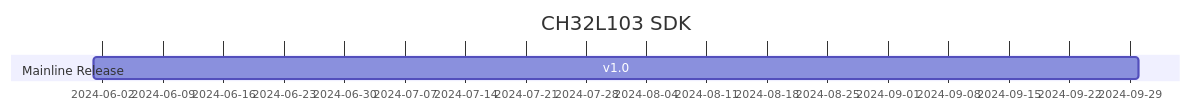
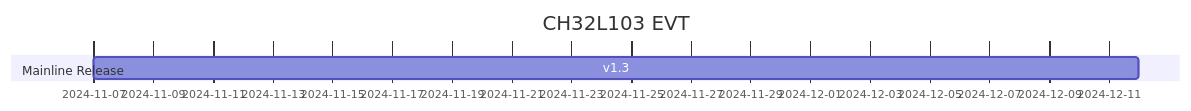
The diagram in README.md (SoCXin/CH32L103), drawn with Mermaid before and after one commit. The commit also changed other lines of this file, not shown here.

````diff
--- a/README.md
+++ b/README.md
@@ -12,7 +12,7 @@
 ``` mermaid
 gantt
-    title CH32L103 SDK
+    title CH32L103 EVT
     dateFormat  YYYY-MM-DD
     section Mainline Release
-    v1.0           :a1, 2024-06-01, 2024-09-30
+    v1.3           :a1, 2024-11-07, 2024-12-12
 ```
````
